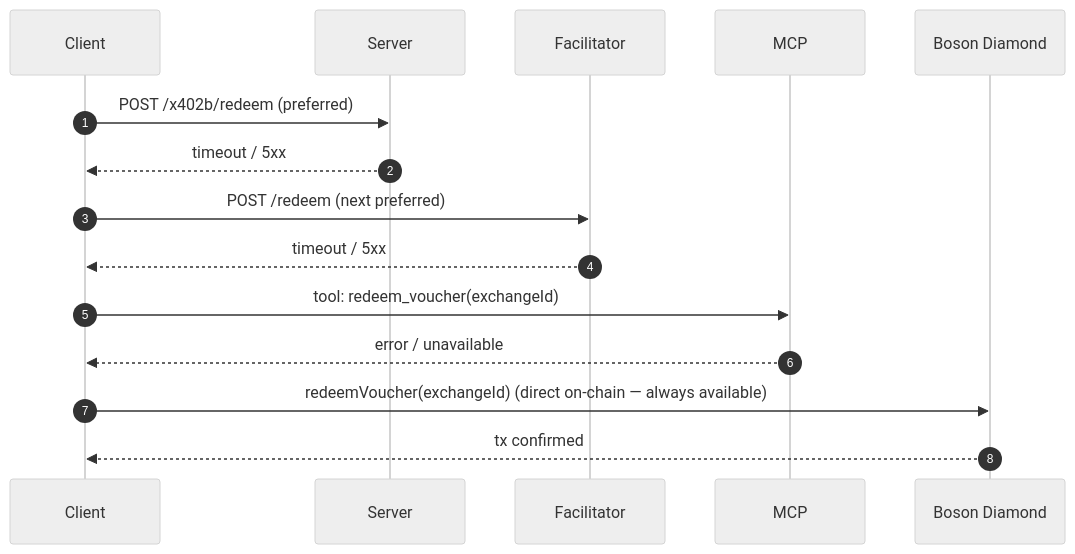
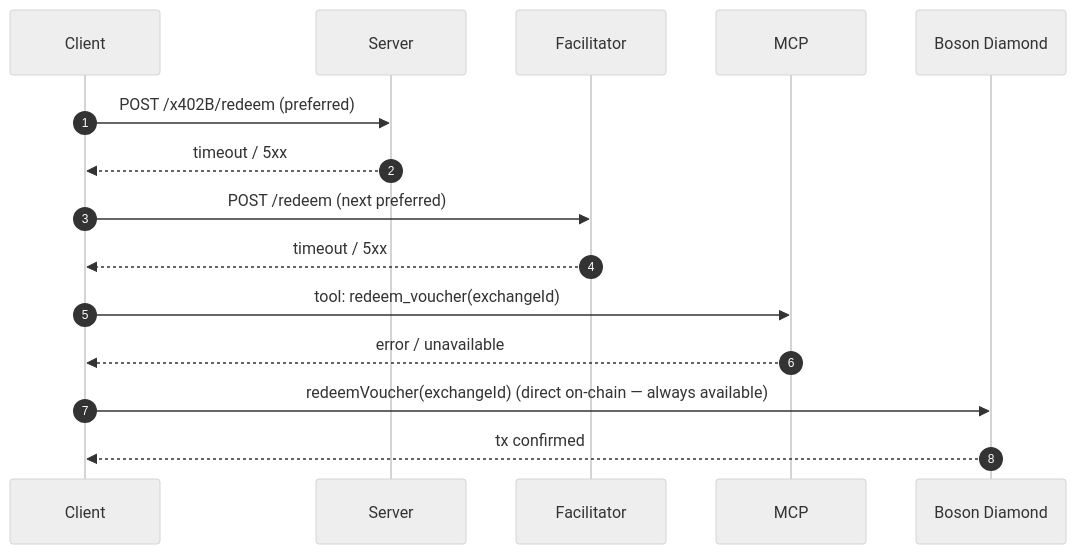
One commit to bosonprotocol/x402B changed the fourth of 4 diagrams in boson-impl-02-flows.md. Above: the diagram before and after it, drawn with Mermaid (neutral theme). The commit also changed other lines of this file and 8 other files, not shown here.

````diff
--- a/boson-impl-02-flows.md
+++ b/boson-impl-02-flows.md
@@ -143,21 +143,21 @@
 ```mermaid
 sequenceDiagram
     autonumber
     participant C as Client
     participant Sv as Server
     participant F as Facilitator
     participant M as MCP
     participant D as Boson Diamond
 
-    C->>Sv: POST /x402b/redeem (preferred)
+    C->>Sv: POST /x402B/redeem (preferred)
     Sv-->>C: timeout / 5xx
 
     C->>F: POST /redeem (next preferred)
     F-->>C: timeout / 5xx
 
     C->>M: tool: redeem_voucher(exchangeId)
     M-->>C: error / unavailable
 
     C->>D: redeemVoucher(exchangeId) (direct on-chain — always available)
     D-->>C: tx confirmed
 ```
````
